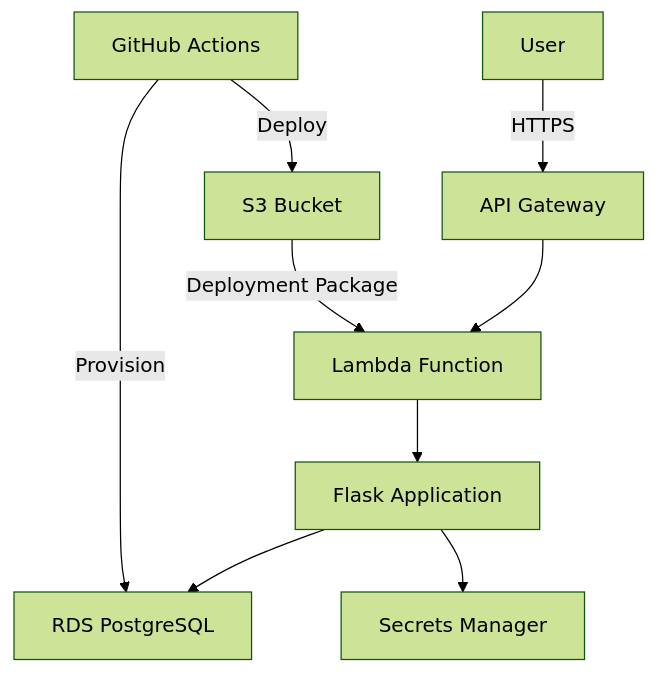
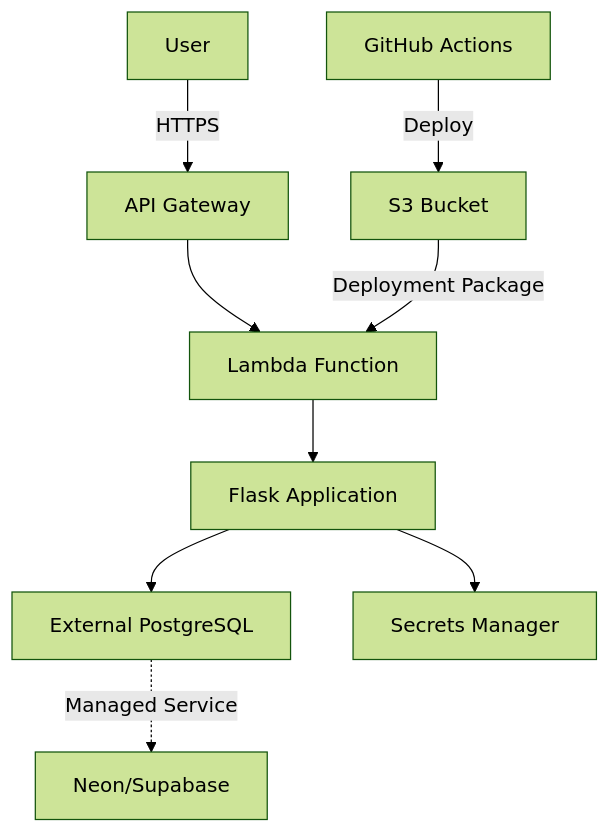
The diagram in docs/ARCHITECTURE.md (nivecher/meal-expense-tracker), drawn with Mermaid (forest theme) before and after one commit. The commit also changed other lines of this file and 4 other files, not shown here.

````diff
--- a/docs/ARCHITECTURE.md
+++ b/docs/ARCHITECTURE.md
@@ -8,11 +8,11 @@
 ```mermaid
 graph TD
     A[User] -->|HTTPS| B[API Gateway]
     B --> C[Lambda Function]
     C --> D[Flask Application]
-    D --> E[RDS PostgreSQL]
+    D --> E[External PostgreSQL]
     D --> F[Secrets Manager]
     G[GitHub Actions] -->|Deploy| H[S3 Bucket]
     H -->|Deployment Package| C
-    G -->|Provision| E
+    E -.->|Managed Service| I[Neon/Supabase]
 ```
````
